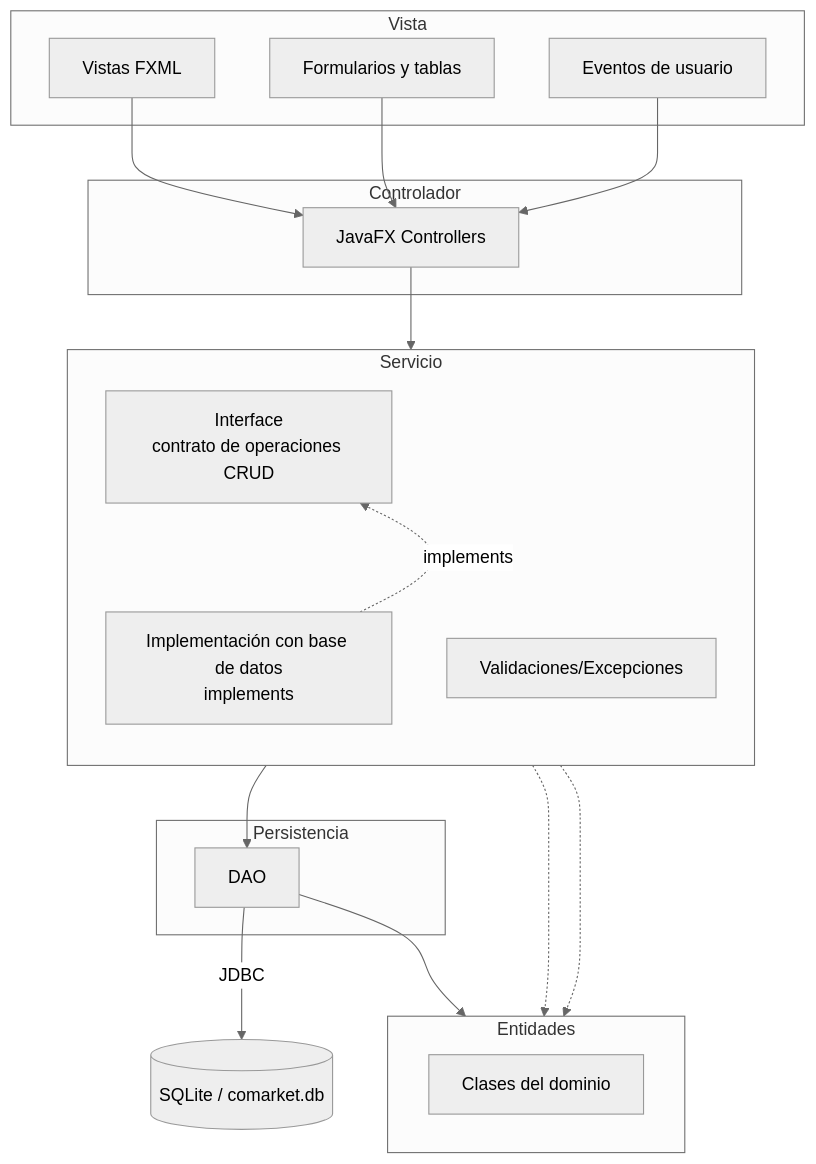
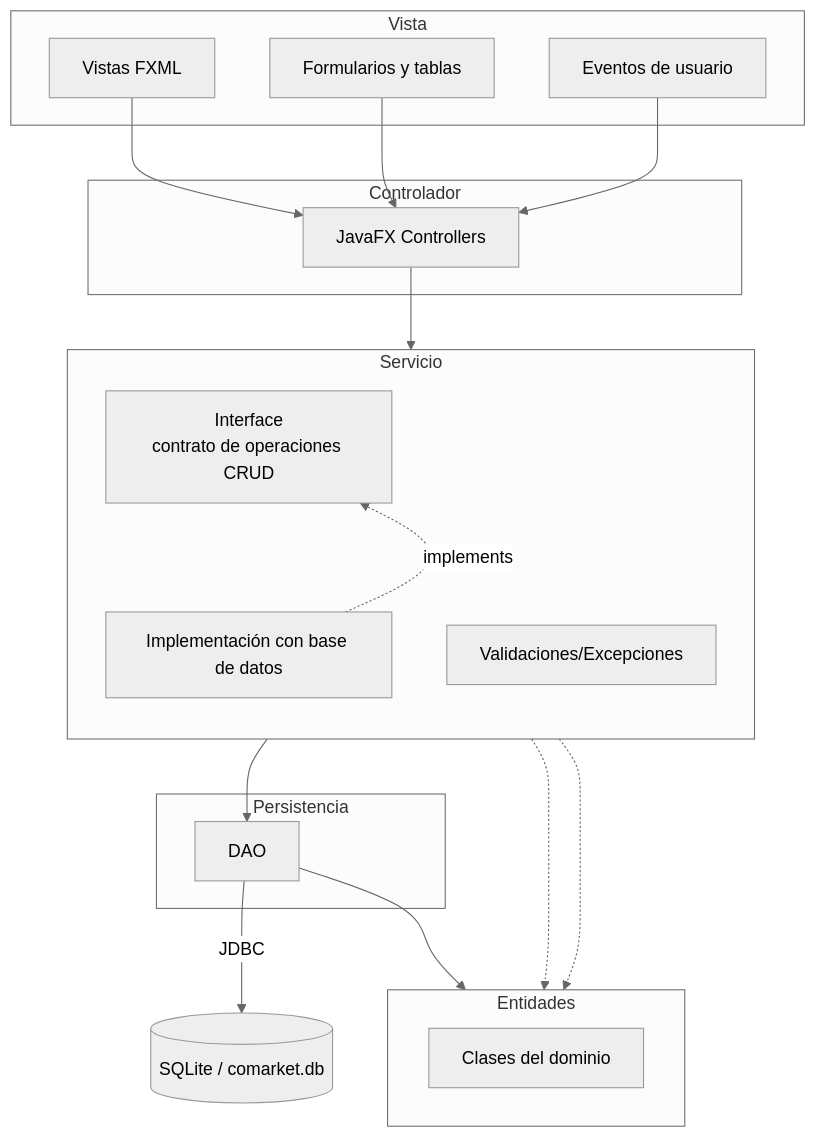
One commit to 262poo/comarket changed the second of 3 diagrams in docs/index.md. Above: the diagram before and after it, drawn with Mermaid (neutral theme). The commit also changed other lines of this file and 9 other files, not shown here.

````diff
--- a/docs/index.md
+++ b/docs/index.md
@@ -124,41 +125,41 @@
 ```mermaid
 flowchart TB
     subgraph View["Vista"]
         FXML["Vistas FXML"]
         Formularios["Formularios y tablas"]
         Eventos["Eventos de usuario"]
     end
 
     subgraph Controller["Controlador"]
         Controllers["JavaFX Controllers"]
     end
 
     subgraph Service["Servicio"]
         direction TB
         ServiceInterface["Interface<br/>contrato de operaciones CRUD"]
-        ServiceDbImpl["Implementación con base de datos<br/>implements"]
+        ServiceDbImpl["Implementación con base de datos"]
         ServiceValidation["Validaciones/Excepciones"]
     end
 
     subgraph Entities["Entidades"]
         EntityNode["Clases del dominio"]
     end
 
     subgraph Persistence["Persistencia"]
         DAO["DAO"]
     end
 
     SQLite[("SQLite / comarket.db")]
 
     FXML --> Controllers
     Formularios --> Controllers
     Eventos --> Controllers
     Controllers --> ServiceInterface
     ServiceInterface ~~~ ServiceDbImpl
     ServiceDbImpl -. implements .-> ServiceInterface
     ServiceInterface -.-> Entities
     ServiceDbImpl -.-> Entities
     ServiceDbImpl --> DAO
     DAO --> Entities
     DAO -->|"JDBC"| SQLite
 ```
````
